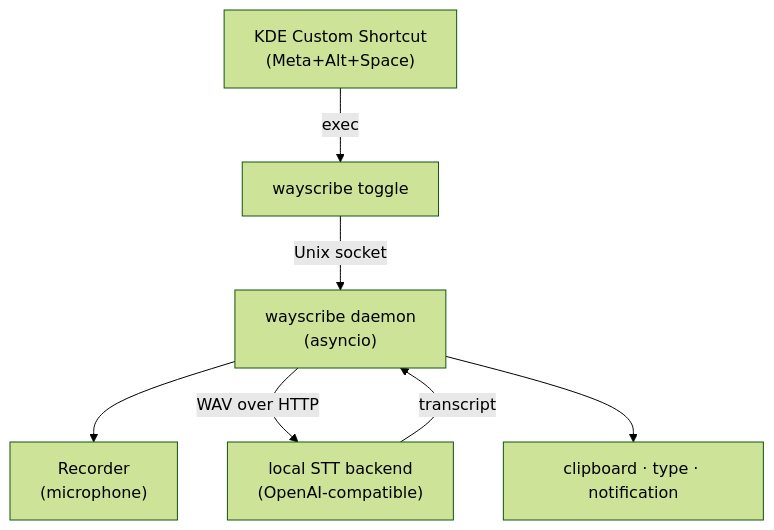
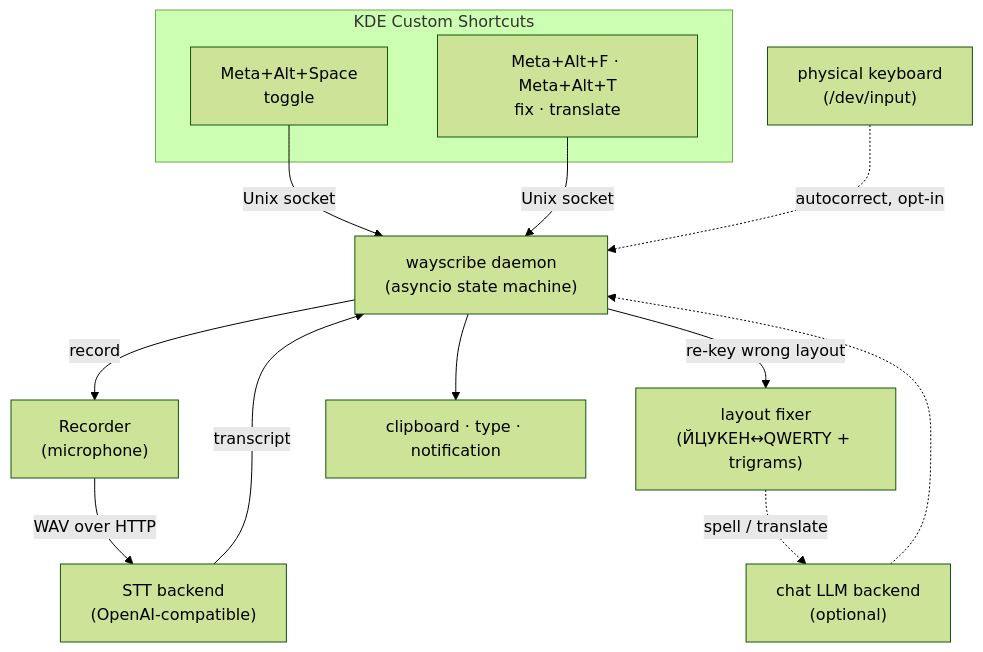
The diagram in README.md (vlad4run/wayscribe), drawn with Mermaid (forest theme) before and after one commit. The commit also changed other lines of this file and 1 other file, not shown here.

````diff
--- a/README.md
+++ b/README.md
@@ -24,9 +23,20 @@
 ```mermaid
 flowchart TD
-    KDE["KDE Custom Shortcut<br/>(Meta+Alt+Space)"] -->|exec| Toggle["wayscribe toggle"]
-    Toggle -->|Unix socket| Daemon["wayscribe daemon<br/>(asyncio)"]
-    Daemon --> Recorder["Recorder<br/>(microphone)"]
-    Daemon -->|WAV over HTTP| Backend["local STT backend<br/>(OpenAI-compatible)"]
-    Backend -->|transcript| Daemon
-    Daemon --> Output["clipboard · type · notification"]
+    subgraph keys[KDE Custom Shortcuts]
+        T["Meta+Alt+Space<br/>toggle"]
+        F["Meta+Alt+F · Meta+Alt+T<br/>fix · translate"]
+    end
+    T & F -->|Unix socket| Daemon["wayscribe daemon<br/>(asyncio state machine)"]
+
+    Daemon -->|record| Mic["Recorder<br/>(microphone)"]
+    Mic -->|WAV over HTTP| STT["STT backend<br/>(OpenAI-compatible)"]
+    STT -->|transcript| Daemon
+
+    Daemon -->|re-key wrong layout| Fixer["layout fixer<br/>(ЙЦУКЕН↔QWERTY + trigrams)"]
+    Fixer -.->|spell / translate| LLM["chat LLM backend<br/>(optional)"]
+    LLM -.-> Daemon
+
+    Daemon --> Out["clipboard · type · notification"]
+
+    Kbd["physical keyboard<br/>(/dev/input)"] -.->|autocorrect, opt-in| Daemon
 ```
````
